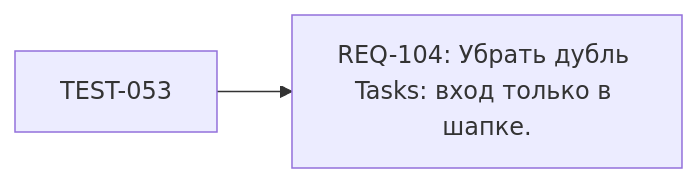
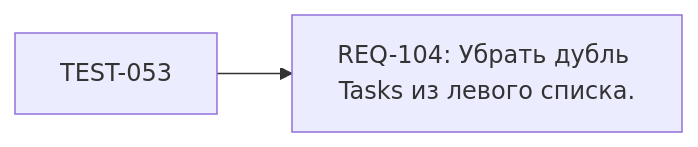
The diagram in state/views/map/REQ-104.mmd (VanUST/dsh-vanust), drawn with Mermaid before and after one commit. The commit also changed 68 other files, not shown here.

```diff
--- a/state/views/map/REQ-104.mmd
+++ b/state/views/map/REQ-104.mmd
@@ -1,4 +1,4 @@
 %% GENERATED — DO NOT EDIT. REQ REQ-104
 graph LR
-  REQ_104["REQ-104: Убрать дубль Tasks: вход только в шапке."]
+  REQ_104["REQ-104: Убрать дубль Tasks из левого списка."]
   TEST_053["TEST-053"] --> REQ_104
```
